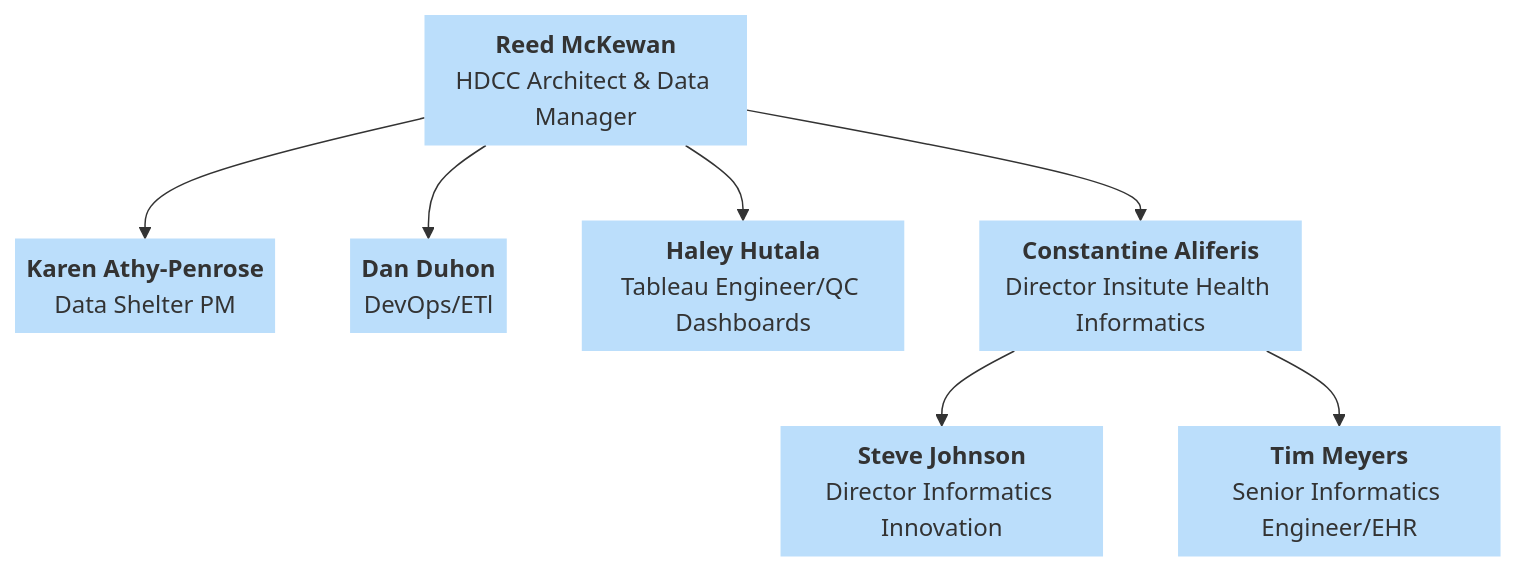
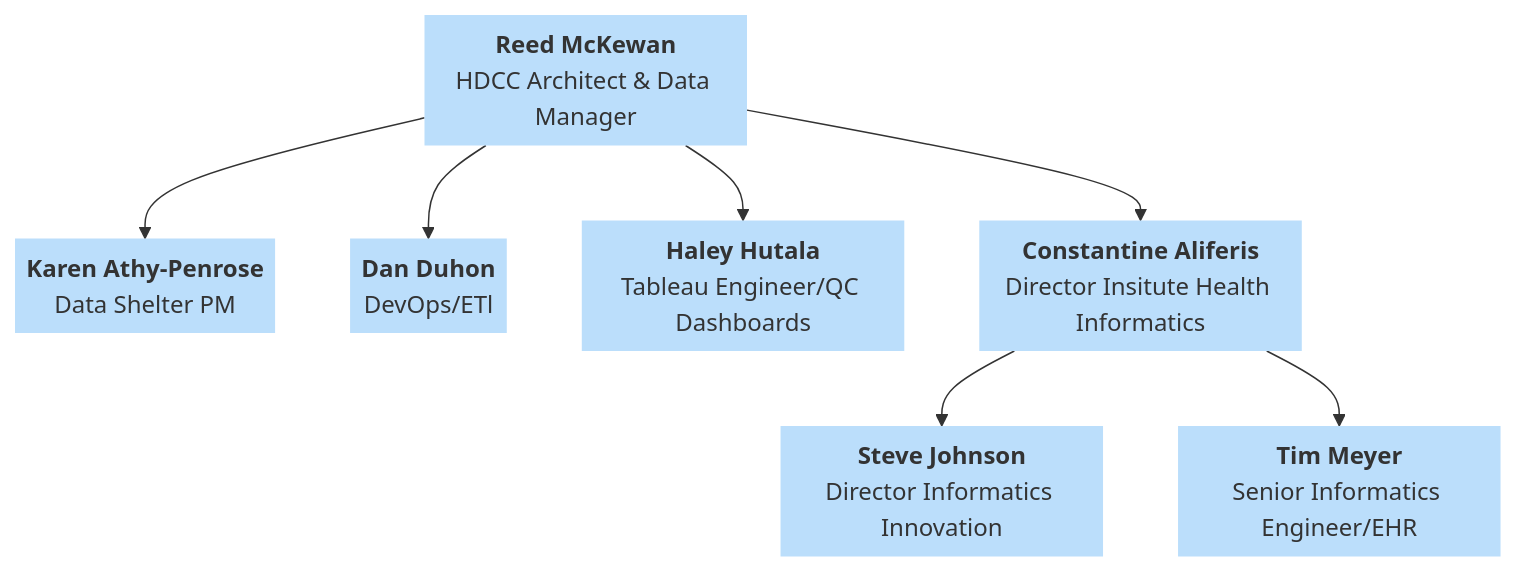
One commit to DCAN-Labs/hbcd-docs-internal changed the fourth of 10 diagrams in docs/orgcharts.md. Above: the diagram before and after it, drawn with Mermaid. The commit also changed other lines of this file, not shown here.

````diff
--- a/docs/orgcharts.md
+++ b/docs/orgcharts.md
@@ -305,23 +305,23 @@
 ```mermaid
 ---
 config:
   layout: dagre
 ---
 flowchart TB
     B["<b>Reed McKewan</b><br>HDCC Architect &amp; Data Manager"] --> E["<b>Karen Athy-Penrose</b><br>Data Shelter PM"] & F["<b>Dan Duhon</b><br>DevOps/ETl"] & G["<b>Haley Hutala</b><br>Tableau Engineer/QC Dashboards"] & H["<b>Constantine Aliferis</b><br>Director Insitute Health Informatics"]
-    H --> I["<b>Steve Johnson</b><br>Director Informatics Innovation"] & J["<b>Tim Meyers</b><br>Senior Informatics Engineer/EHR"]
+    H --> I["<b>Steve Johnson</b><br>Director Informatics Innovation"] & J["<b>Tim Meyer</b><br>Senior Informatics Engineer/EHR"]
     B@{ shape: text}
     E@{ shape: text}
     F@{ shape: text}
     G@{ shape: text}
     H@{ shape: text}
     I@{ shape: text}
     J@{ shape: text}
     style B fill:#BBDEFB,stroke-width:2px,stroke-dasharray: 0,stroke:none
     style E fill:#BBDEFB
     style F fill:#BBDEFB
     style G fill:#BBDEFB
     style H fill:#BBDEFB
     style I fill:#BBDEFB
     style J fill:#BBDEFB
 ```
````
